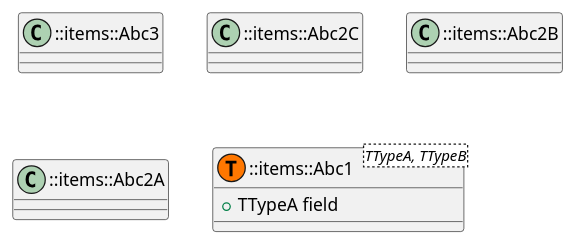
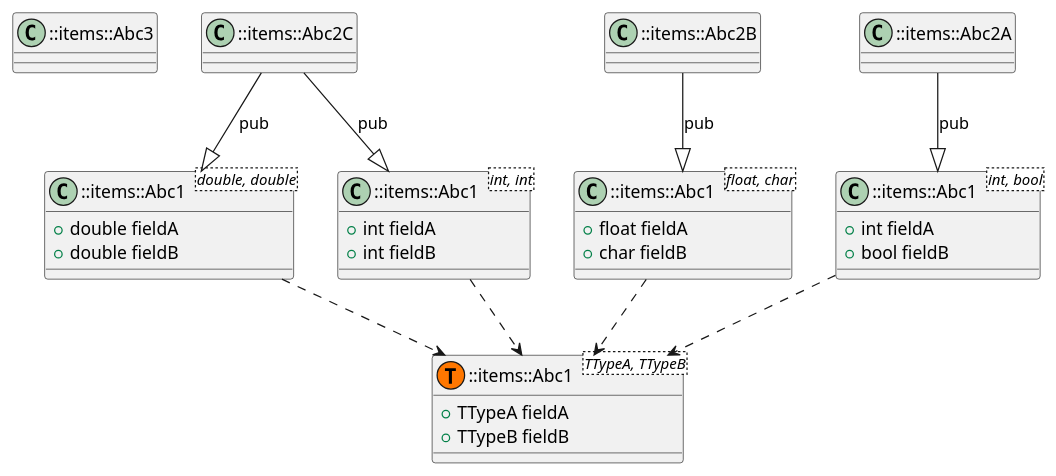
One commit to anetczuk/gcc-uml changed the diagram in examples/inheritgraph/cpp_templ.cpp.puml. Above: the diagram before and after it, drawn with PlantUML. The commit also changed 16 other files, not shown here.

```diff
--- a/examples/inheritgraph/cpp_templ.cpp.puml
+++ b/examples/inheritgraph/cpp_templ.cpp.puml
@@ -1,16 +1,49 @@
 @startuml
 
 class "::items::Abc3" as item_0 {
 }
 class "::items::Abc2C" as item_1 {
 }
 class "::items::Abc2B" as item_2 {
 }
 class "::items::Abc2A" as item_3 {
 }
 class "::items::Abc1" as item_4 <TTypeA, TTypeB> <<T,#FF7700>> {
-    {field} + TTypeA field
+    {field} + TTypeA fieldA
+    {field} + TTypeB fieldB
+}
+class "::items::Abc1<double, double>" as item_5 {
+    {field} + double fieldA
+    {field} + double fieldB
+}
+class "::items::Abc1<int, int>" as item_6 {
+    {field} + int fieldA
+    {field} + int fieldB
+}
+class "::items::Abc1<float, char>" as item_7 {
+    {field} + float fieldA
+    {field} + char fieldB
+}
+class "::items::Abc1<int, bool>" as item_8 {
+    {field} + int fieldA
+    {field} + bool fieldB
 }
 
+' ::items::Abc2C --|> ::items::Abc1<double, double>
+item_1 --|> item_5: "pub"
+' ::items::Abc2C --|> ::items::Abc1<int, int>
+item_1 --|> item_6: "pub"
+' ::items::Abc2B --|> ::items::Abc1<float, char>
+item_2 --|> item_7: "pub"
+' ::items::Abc2A --|> ::items::Abc1<int, bool>
+item_3 --|> item_8: "pub"
+' ::items::Abc1<double, double> ..> ::items::Abc1
+item_5 ..> item_4
+' ::items::Abc1<int, int> ..> ::items::Abc1
+item_6 ..> item_4
+' ::items::Abc1<float, char> ..> ::items::Abc1
+item_7 ..> item_4
+' ::items::Abc1<int, bool> ..> ::items::Abc1
+item_8 ..> item_4
 
 @enduml
```
